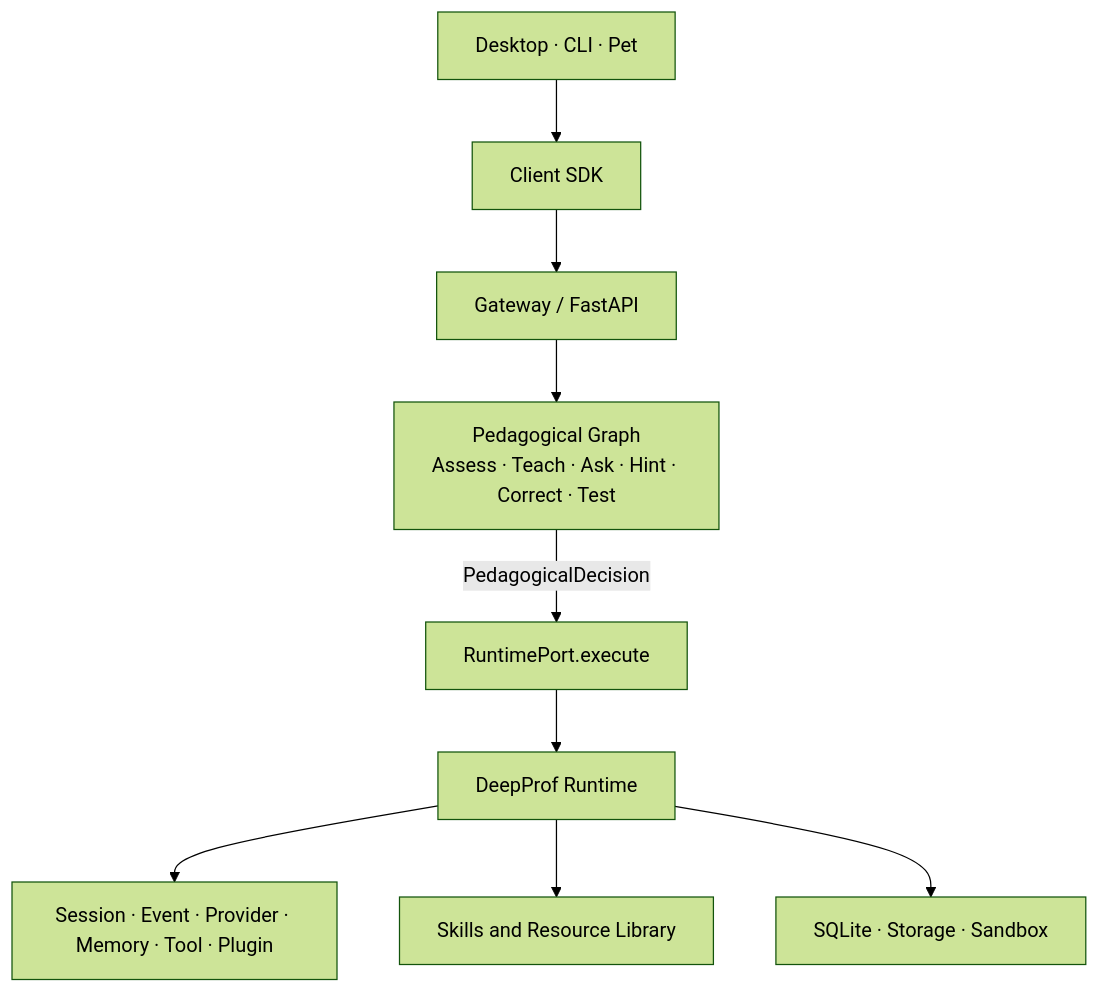
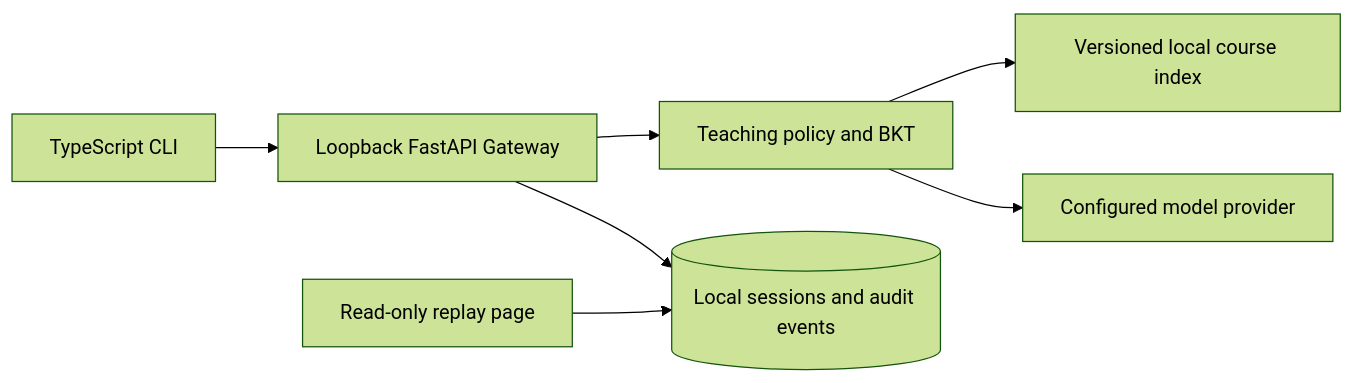
The diagram in README.md (RockeyRoc/DeepProf), drawn with Mermaid (forest theme) before and after one commit. The commit also changed other lines of this file and 316 other files, not shown here.

Commit message:
Release DeepProf v0.6.2 engineering validation

````diff
--- a/README.md
+++ b/README.md
@@ -34,11 +59,9 @@
 ```mermaid
-flowchart TD
-    UI[Desktop · CLI · Pet] --> SDK[Client SDK]
-    SDK --> API[Gateway / FastAPI]
-    API --> GRAPH[Pedagogical Graph\nAssess · Teach · Ask · Hint · Correct · Test]
-    GRAPH -->|PedagogicalDecision| PORT[RuntimePort.execute]
-    PORT --> RT[DeepProf Runtime]
-    RT --> CORE[Session · Event · Provider · Memory · Tool · Plugin]
-    RT --> EDU[Skills and Resource Library]
-    RT --> STORE[SQLite · Storage · Sandbox]
+flowchart LR
+  CLI[TypeScript CLI] --> API[Loopback FastAPI Gateway]
+  API --> Decision[Teaching policy and BKT]
+  Decision --> Evidence[Versioned local course index]
+  Decision --> Provider[Configured model provider]
+  API --> Events[(Local sessions and audit events)]
+  Replay[Read-only replay page] --> Events
 ```
````
